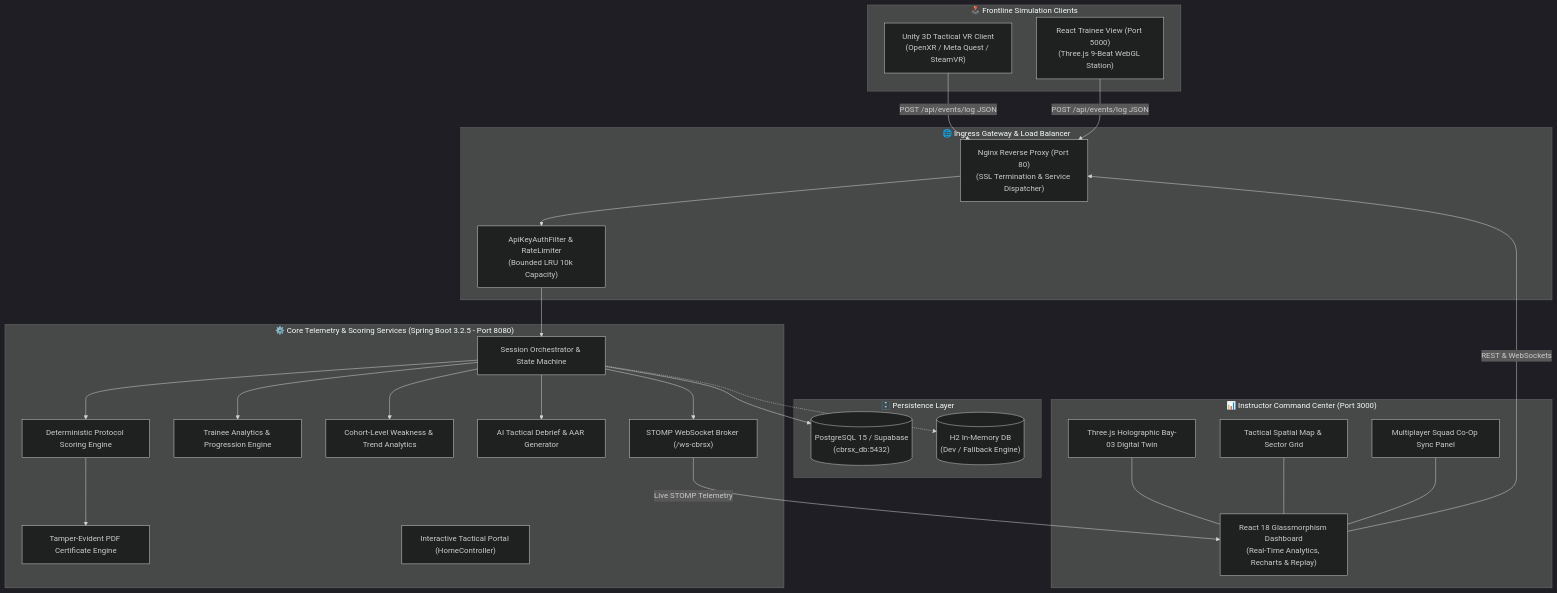
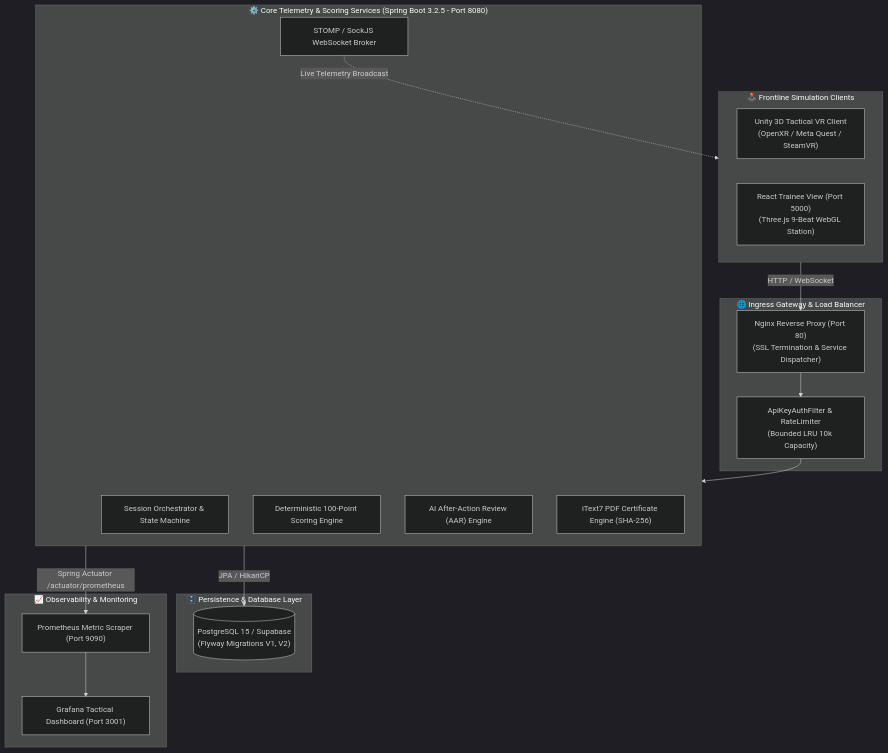
The second of 2 diagrams in README.md (Lohith-RC/CBRN-X), drawn with Mermaid (dark theme) before and after one commit. The commit also changed other lines of this file, not shown here.

Commit message:
docs(readme): overhaul master README with comprehensive multi-perspective guides, architecture topologies, and setup SOPs

````diff
--- a/README.md
+++ b/README.md
@@ -107,53 +130,37 @@
 ```mermaid
 flowchart TD
     subgraph Clients ["🕹️ Frontline Simulation Clients"]
         VR["Unity 3D Tactical VR Client<br/>(OpenXR / Meta Quest / SteamVR)"]
         Web3D["React Trainee View (Port 5000)<br/>(Three.js 9-Beat WebGL Station)"]
     end
 
     subgraph Ingress ["🌐 Ingress Gateway & Load Balancer"]
         Nginx["Nginx Reverse Proxy (Port 80)<br/>(SSL Termination & Service Dispatcher)"]
         SecurityFilter["ApiKeyAuthFilter & RateLimiter<br/>(Bounded LRU 10k Capacity)"]
     end
 
     subgraph Backend ["⚙️ Core Telemetry & Scoring Services (Spring Boot 3.2.5 - Port 8080)"]
         SessionService["Session Orchestrator & State Machine"]
-        ScoringService["Deterministic Protocol Scoring Engine"]
-        AnalyticsService["Trainee Analytics & Progression Engine"]
-        CohortService["Cohort-Level Weakness & Trend Analytics"]
-        CertService["Tamper-Evident PDF Certificate Engine"]
-        DebriefService["AI Tactical Debrief & AAR Generator"]
-        WSBroker["STOMP WebSocket Broker (/ws-cbrsx)"]
-        DevPortal["Interactive Tactical Portal (HomeController)"]
+        ScoringEngine["Deterministic 100-Point Scoring Engine"]
+        DebriefService["AI After-Action Review (AAR) Engine"]
+        CertEngine["iText7 PDF Certificate Engine (SHA-256)"]
+        WsBroker["STOMP / SockJS WebSocket Broker"]
     end
 
-    subgraph Storage ["🗄️ Persistence Layer"]
-        DB[("PostgreSQL 15 / Supabase<br/>(cbrsx_db:5432)")]
-        H2[("H2 In-Memory DB<br/>(Dev / Fallback Engine)")]
+    subgraph Storage ["🗄️ Persistence & Database Layer"]
+        Postgres[("PostgreSQL 15 / Supabase<br/>(Flyway Migrations V1, V2)")]
     end
 
-    subgraph CommandCenter ["📊 Instructor Command Center (Port 3000)"]
-        InstructorUI["React 18 Glassmorphism Dashboard<br/>(Real-Time Analytics, Recharts & Replay)"]
-        ThreeHolo["Three.js Holographic Bay-03 Digital Twin"]
-        SpatialRadar["Tactical Spatial Map & Sector Grid"]
-        CoopManager["Multiplayer Squad Co-Op Sync Panel"]
+    subgraph Observability ["📈 Observability & Monitoring"]
+        Prometheus["Prometheus Metric Scraper (Port 9090)"]
+        Grafana["Grafana Tactical Dashboard (Port 3001)"]
     end
 
-    VR -->|POST /api/events/log JSON| Nginx
-    Web3D -->|POST /api/events/log JSON| Nginx
+    Clients -->|HTTP / WebSocket| Nginx
     Nginx --> SecurityFilter
-    SecurityFilter --> SessionService
-    SessionService --> ScoringService
-    SessionService --> DB
-    SessionService -.-> H2
-    ScoringService --> CertService
-    SessionService --> AnalyticsService
-    SessionService --> CohortService
-    SessionService --> DebriefService
-    SessionService --> WSBroker
-    WSBroker -->|Live STOMP Telemetry| InstructorUI
-    InstructorUI -->|REST & WebSockets| Nginx
-    ThreeHolo --- InstructorUI
-    SpatialRadar --- InstructorUI
-    CoopManager --- InstructorUI
+    SecurityFilter --> Backend
+    Backend -->|JPA / HikariCP| Postgres
+    Backend -->|Spring Actuator /actuator/prometheus| Prometheus
+    Prometheus --> Grafana
+    WsBroker -.->|Live Telemetry Broadcast| Clients
 ```
````
